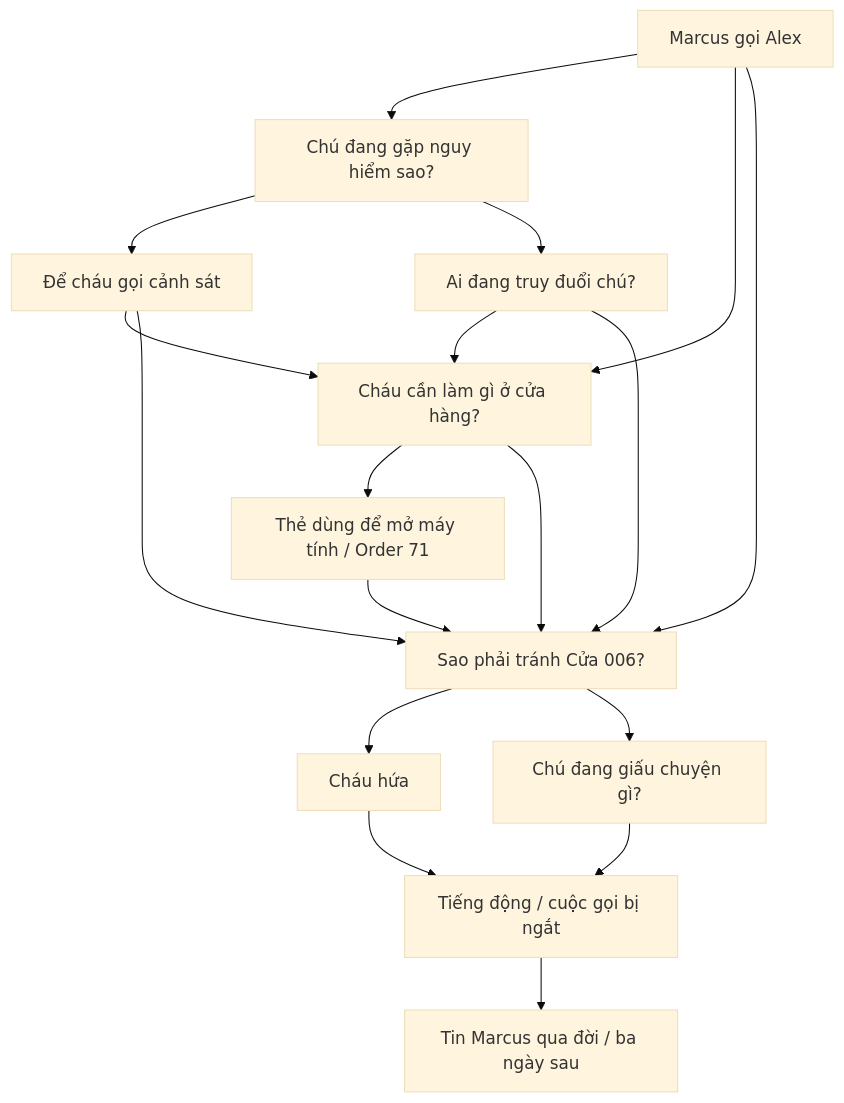
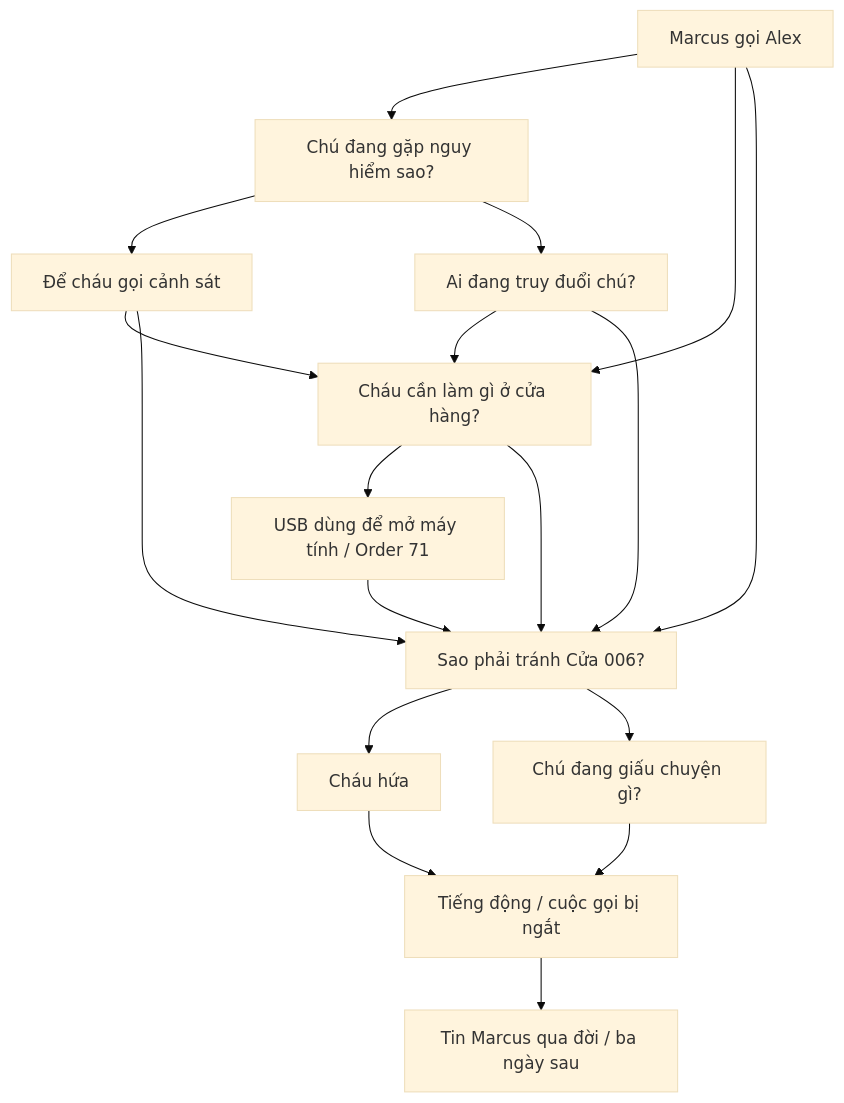
Before and after one commit to nhtng0212/Game3D_Android_KMA: the diagram in BlackMarketUnity/Documentation/PROLOGUE_DIALOGUE_VI.md, drawn with Mermaid (base theme). The commit also changed other lines of this file and 370 other files, not shown here.

````diff
--- a/BlackMarketUnity/Documentation/PROLOGUE_DIALOGUE_VI.md
+++ b/BlackMarketUnity/Documentation/PROLOGUE_DIALOGUE_VI.md
@@ -18,20 +18,20 @@
 ```mermaid
 flowchart TD
     start[Marcus gọi Alex] --> danger[Chú đang gặp nguy hiểm sao?]
     start --> card[Cháu cần làm gì ở cửa hàng?]
     start --> door[Sao phải tránh Cửa 006?]
     danger --> police[Để cháu gọi cảnh sát]
     danger --> hunters[Ai đang truy đuổi chú?]
     police --> card
     police --> door
     hunters --> card
     hunters --> door
-    card --> computer[Thẻ dùng để mở máy tính / Order 71]
+    card --> computer[USB dùng để mở máy tính / Order 71]
     card --> door
     computer --> door
     door --> promise[Cháu hứa]
     door --> secret[Chú đang giấu chuyện gì?]
     promise --> cut[Tiếng động / cuộc gọi bị ngắt]
     secret --> cut
     cut --> news[Tin Marcus qua đời / ba ngày sau]
 ```
````
